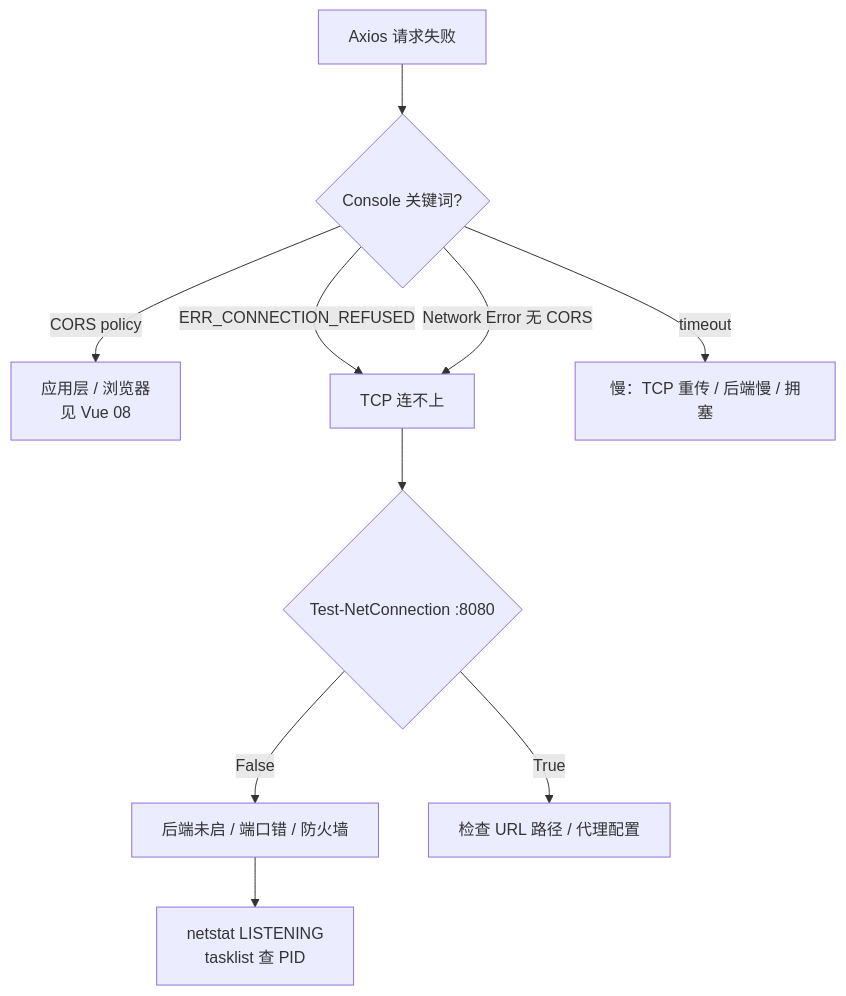
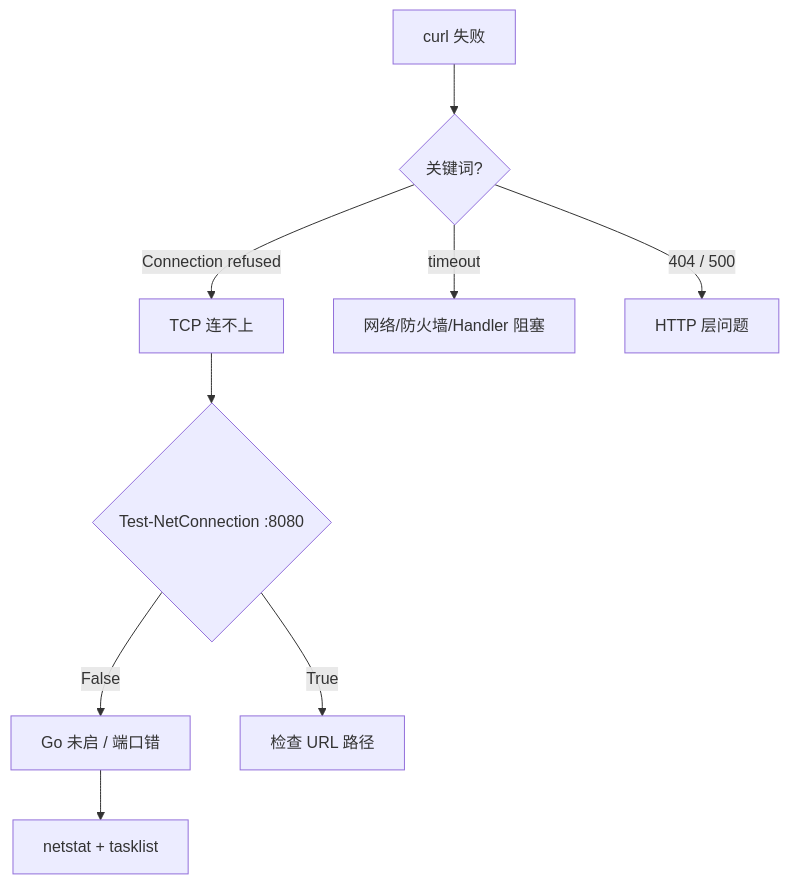
One commit to moqix26/study changed the fourth of 4 diagrams in 前端学习/计算机网络/02-TCP与UDP.md. Above: the diagram before and after it, drawn with Mermaid. The commit also changed other lines of this file and 10 other files, not shown here.

````diff
--- a/前端学习/计算机网络/02-TCP与UDP.md
+++ b/前端学习/计算机网络/02-TCP与UDP.md
@@ -698,12 +313,11 @@
 ```mermaid
 flowchart TD
-    A[Axios 请求失败] --> B{Console 关键词?}
-    B -->|CORS policy| C[应用层 / 浏览器<br/>见 Vue 08]
-    B -->|ERR_CONNECTION_REFUSED| D[TCP 连不上]
-    B -->|Network Error 无 CORS| D
-    B -->|timeout| E[慢：TCP 重传 / 后端慢 / 拥塞]
-    D --> F{Test-NetConnection :8080}
-    F -->|False| G[后端未启 / 端口错 / 防火墙]
-    F -->|True| H[检查 URL 路径 / 代理配置]
-    G --> I[netstat LISTENING<br/>tasklist 查 PID]
+    A[curl 失败] --> B{关键词?}
+    B -->|Connection refused| C[TCP 连不上]
+    B -->|timeout| D[网络/防火墙/Handler 阻塞]
+    B -->|404 / 500| E[HTTP 层问题]
+    C --> F{Test-NetConnection :8080}
+    F -->|False| G[Go 未启 / 端口错]
+    F -->|True| H[检查 URL 路径]
+    G --> I[netstat + tasklist]
 ```
````
